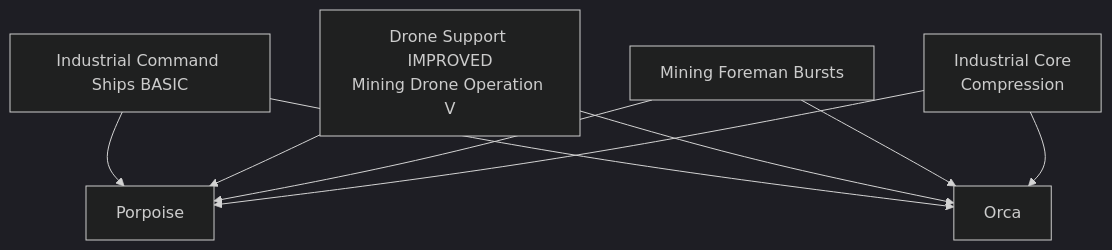
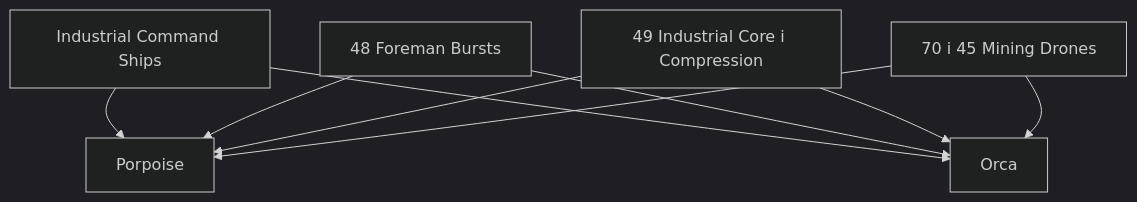
Before and after one commit to Blizbor/EvE-Modular-Skillplans: the diagram in training-paths/mining-command/DIAGRAM-PL.md, drawn with Mermaid (dark theme). The commit also changed 132 other files, not shown here.

````diff
--- a/training-paths/mining-command/DIAGRAM-PL.md
+++ b/training-paths/mining-command/DIAGRAM-PL.md
@@ -5,18 +5,18 @@
 ```mermaid
 flowchart TD
-    H[Industrial Command Ships BASIC]
-    P[Porpoise]
-    O[Orca]
-    D[Drone Support IMPROVED<br/>Mining Drone Operation V]
-    B[Mining Foreman Bursts]
-    C[Industrial Core<br/>Compression]
+    H["Industrial Command Ships"]
+    P["Porpoise"]
+    O["Orca"]
+    B["48 Foreman Bursts"]
+    C["49 Industrial Core i Compression"]
+    D["70 i 45 Mining Drones"]
 
     H --> P
     H --> O
-    D --> P
-    D --> O
     B --> P
     B --> O
     C --> P
     C --> O
+    D --> P
+    D --> O
 ```
````
